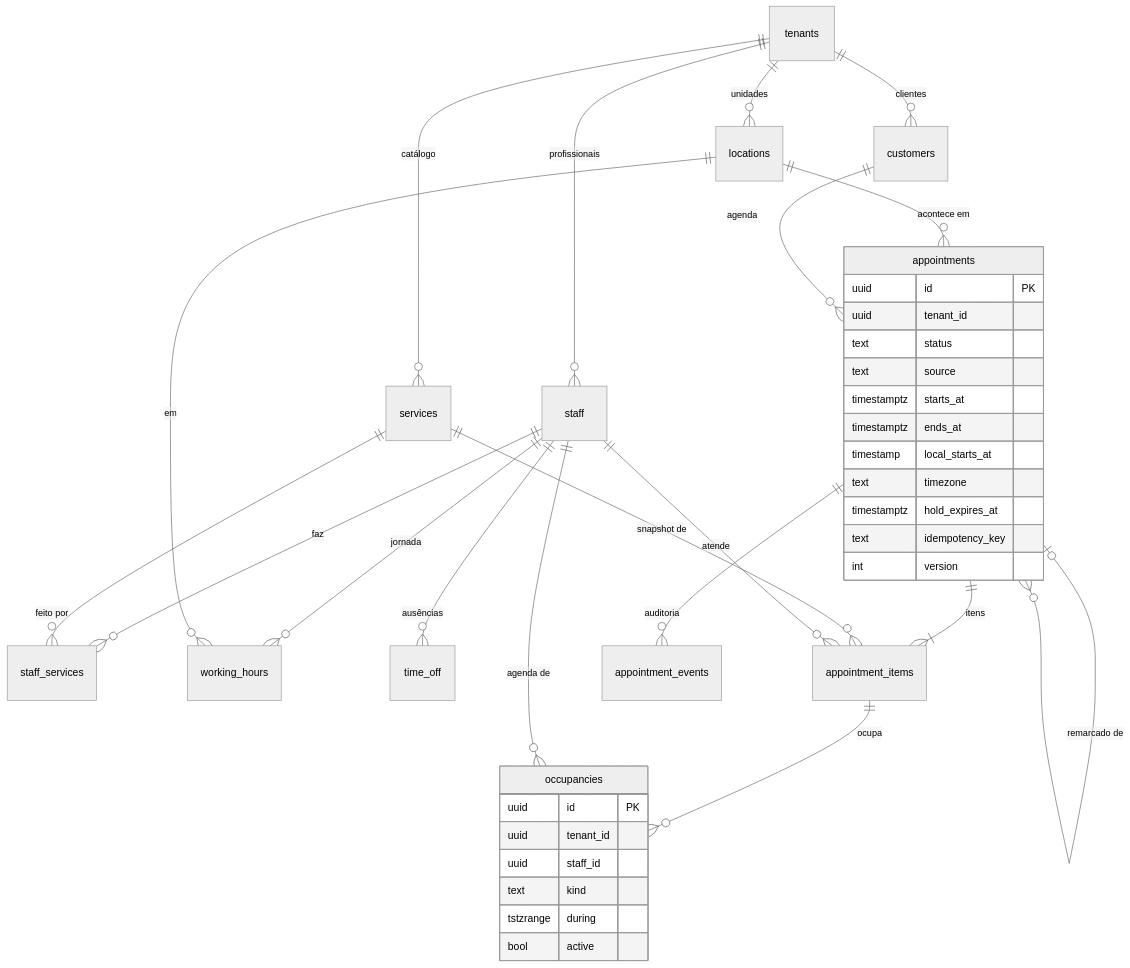
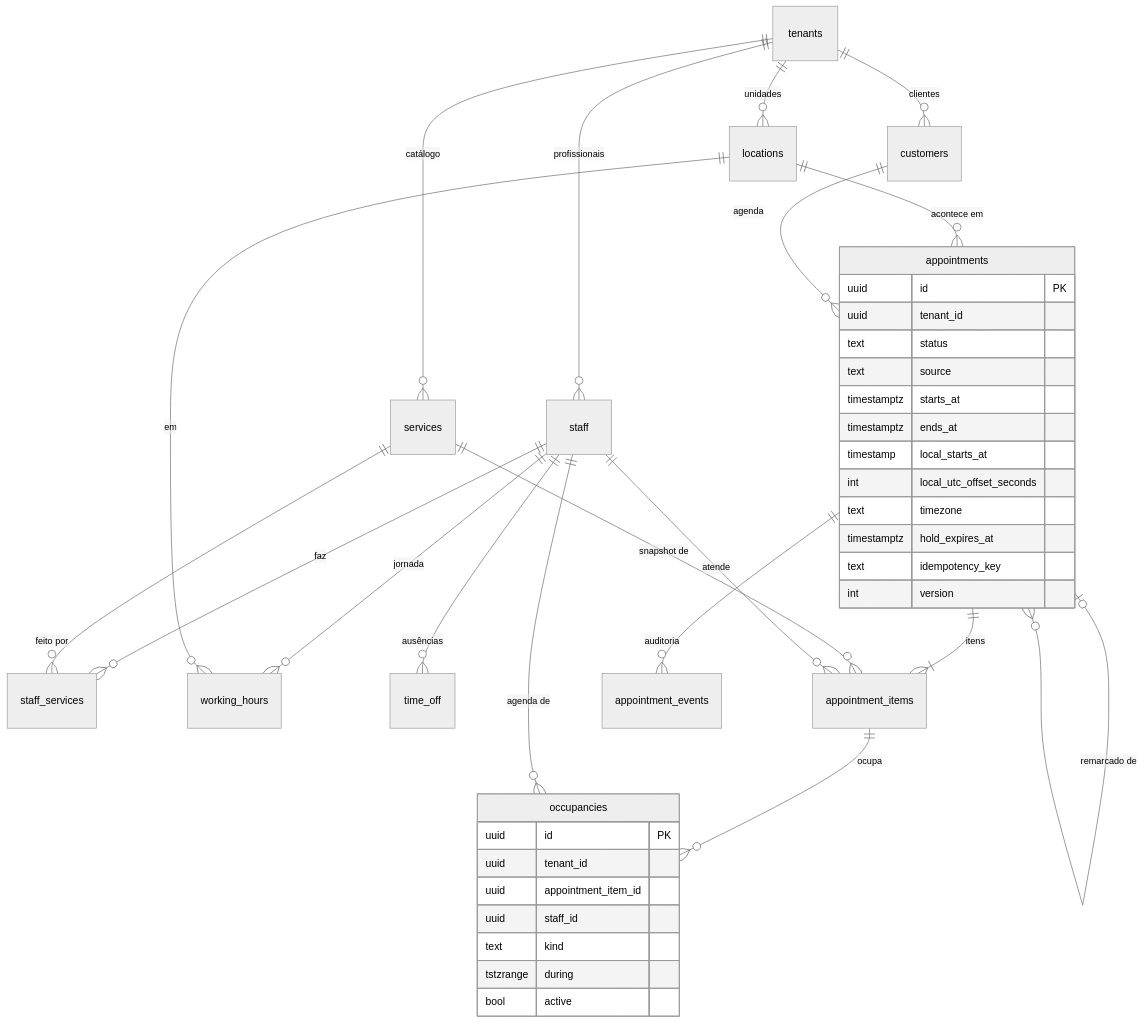
One commit to lucasvianaemp40-byte/databricks changed the first of 3 diagrams in docs/dominio/modelo.md. Above: the diagram before and after it, drawn with Mermaid (neutral theme). The commit also changed other lines of this file and 182 other files, not shown here.

````diff
--- a/docs/dominio/modelo.md
+++ b/docs/dominio/modelo.md
@@ -13,43 +13,45 @@
 ```mermaid
 erDiagram
   tenants ||--o{ locations : "unidades"
   tenants ||--o{ staff : "profissionais"
   tenants ||--o{ services : "catálogo"
   tenants ||--o{ customers : "clientes"
   staff ||--o{ staff_services : "faz"
   services ||--o{ staff_services : "feito por"
   staff ||--o{ working_hours : "jornada"
   locations ||--o{ working_hours : "em"
   staff ||--o{ time_off : "ausências"
   locations ||--o{ appointments : "acontece em"
   customers ||--o{ appointments : "agenda"
   appointments ||--|{ appointment_items : "itens"
   services ||--o{ appointment_items : "snapshot de"
   staff ||--o{ appointment_items : "atende"
   appointment_items ||--o{ occupancies : "ocupa"
   staff ||--o{ occupancies : "agenda de"
   appointments ||--o{ appointment_events : "auditoria"
   appointments |o--o{ appointments : "remarcado de"
 
   appointments {
     uuid id PK
     uuid tenant_id
     text status
     text source
     timestamptz starts_at
     timestamptz ends_at
     timestamp local_starts_at
+    int local_utc_offset_seconds
     text timezone
     timestamptz hold_expires_at
     text idempotency_key
     int version
   }
   occupancies {
     uuid id PK
     uuid tenant_id
+    uuid appointment_item_id
     uuid staff_id
     text kind
     tstzrange during
     bool active
   }
 ```
````
